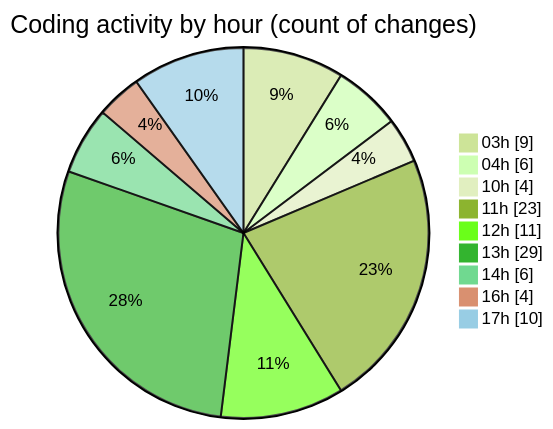
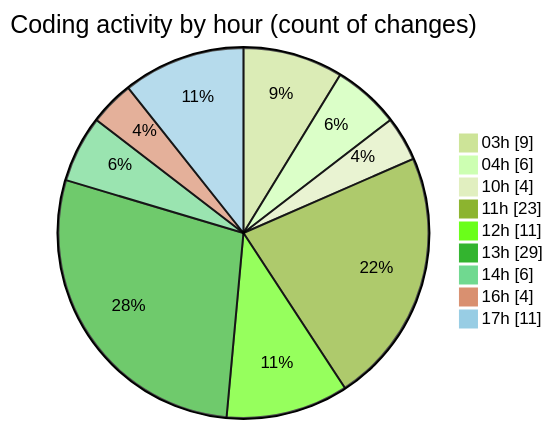
Before and after one commit to julien-gomy/code-tracking: the second of 2 diagrams in 2025-10-30/eventscop-frontend-guide__workspace_/README.md, drawn with Mermaid (forest theme). The commit also changed other lines of this file and 1 other file, not shown here.

````diff
--- a/2025-10-30/eventscop-frontend-guide__workspace_/README.md
+++ b/2025-10-30/eventscop-frontend-guide__workspace_/README.md
@@ -48,13 +49,13 @@
 ```mermaid
 pie showData
 title Coding activity by hour (count of changes)
 "03h" : 9
 "04h" : 6
 "10h" : 4
 "11h" : 23
 "12h" : 11
 "13h" : 29
 "14h" : 6
 "16h" : 4
-"17h" : 10
+"17h" : 11
 ```
````
